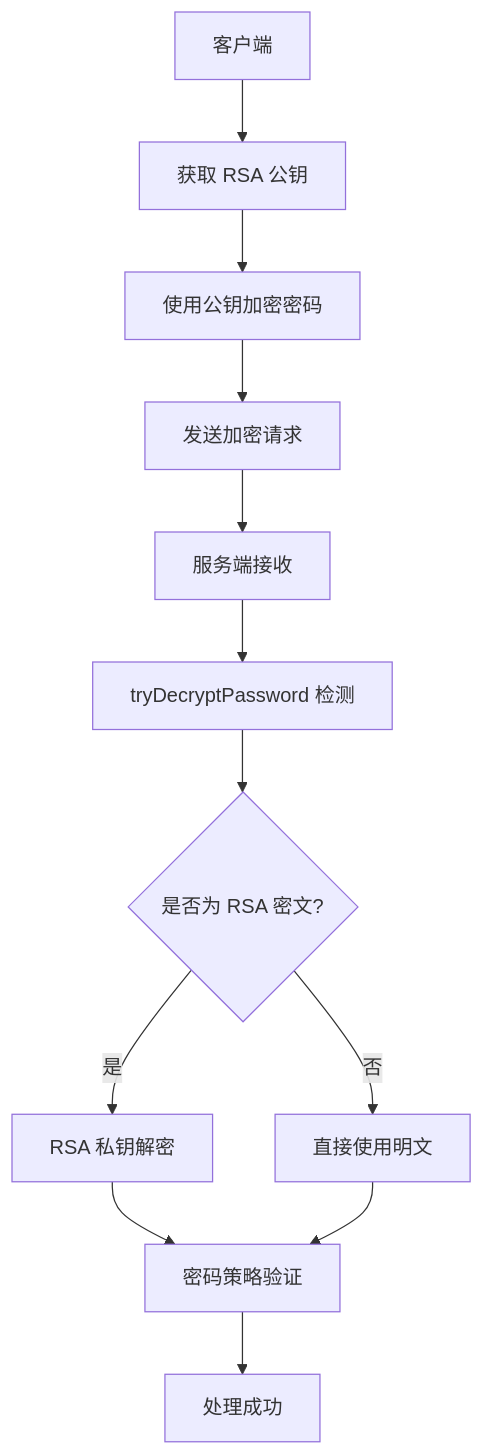
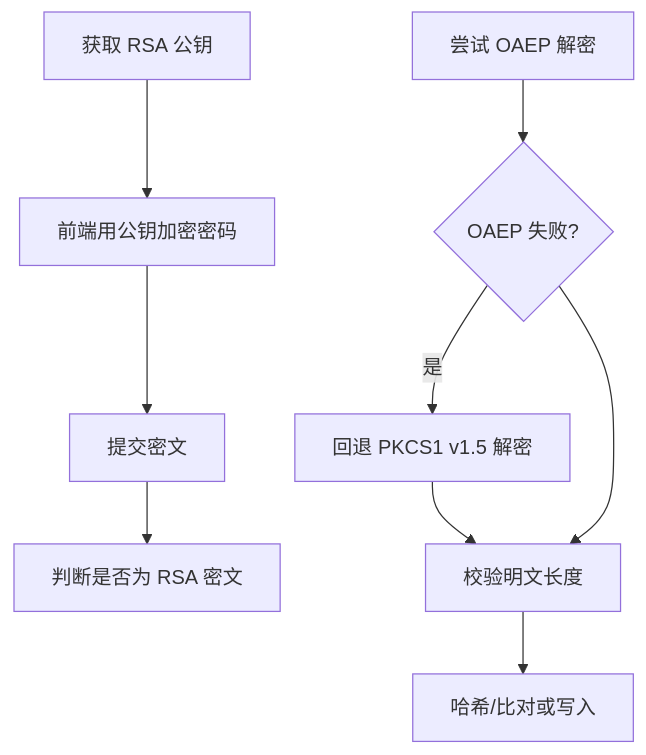
One commit to rc558620/purelyprofit-server changed the fifth of 7 diagrams in .qoder/repowiki/zh/content/架构设计/安全架构.md. Above: the diagram before and after it, drawn with Mermaid. The commit also changed other lines of this file and 55 other files, not shown here.

````diff
--- a/.qoder/repowiki/zh/content/架构设计/安全架构.md
+++ b/.qoder/repowiki/zh/content/架构设计/安全架构.md
@@ -365,14 +241,11 @@
 ```mermaid
 flowchart TD
-Client["客户端"] --> GetPubKey["获取 RSA 公钥"]
-GetPubKey --> Encrypt["使用公钥加密密码"]
-Encrypt --> SendRequest["发送加密请求"]
-SendRequest --> Server["服务端接收"]
-Server --> TryDecrypt["tryDecryptPassword 检测"]
-TryDecrypt --> IsEncrypted{"是否为 RSA 密文?"}
-IsEncrypted --> |是| Decrypt["RSA 私钥解密"]
-IsEncrypted --> |否| UsePlain["直接使用明文"]
-Decrypt --> Validate["密码策略验证"]
-UsePlain --> Validate
-Validate --> Success["处理成功"]
+GetPub["获取 RSA 公钥"] --> Encrypt["前端用公钥加密密码"]
+Encrypt --> Submit["提交密文"]
+Submit --> Detect["判断是否为 RSA 密文"]
+DecryptOAEP["尝试 OAEP 解密"] --> TryPKCS1{"OAEP 失败?"}
+TryPKCS1 --> |是| TryPKCS1v15["回退 PKCS1 v1.5 解密"]
+TryPKCS1v15 --> LenCheck["校验明文长度"]
+TryPKCS1 --> LenCheck
+LenCheck --> HashOrVerify["哈希/比对或写入"]
 ```
````
